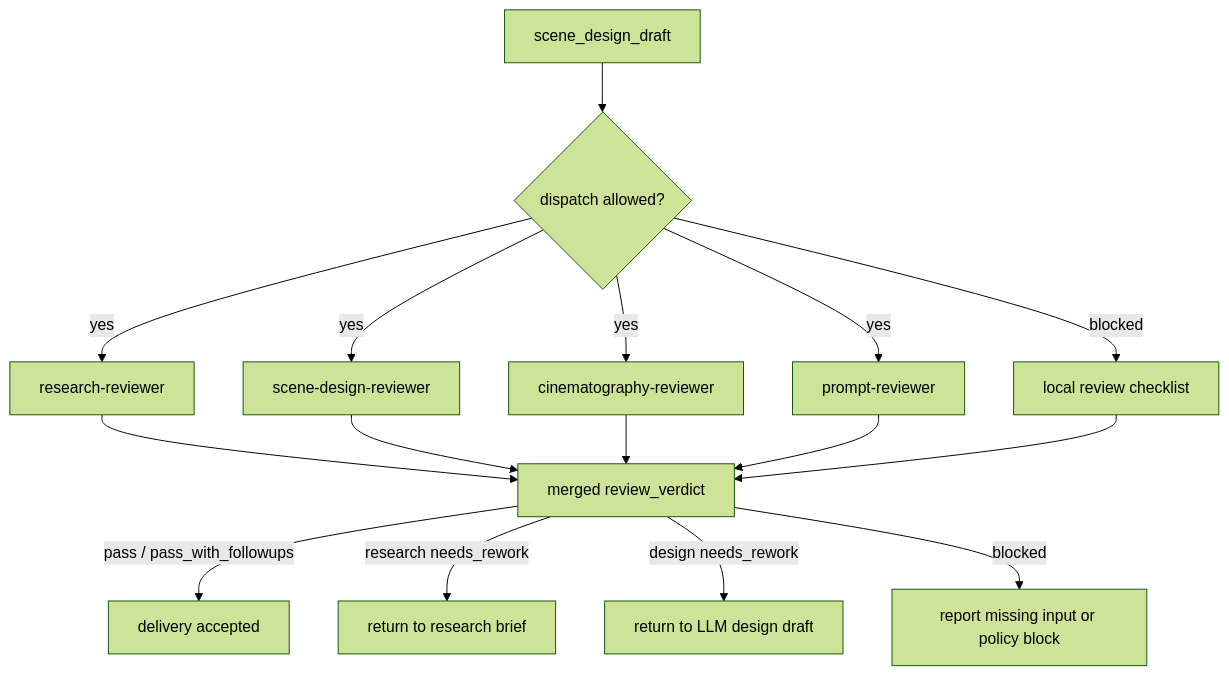
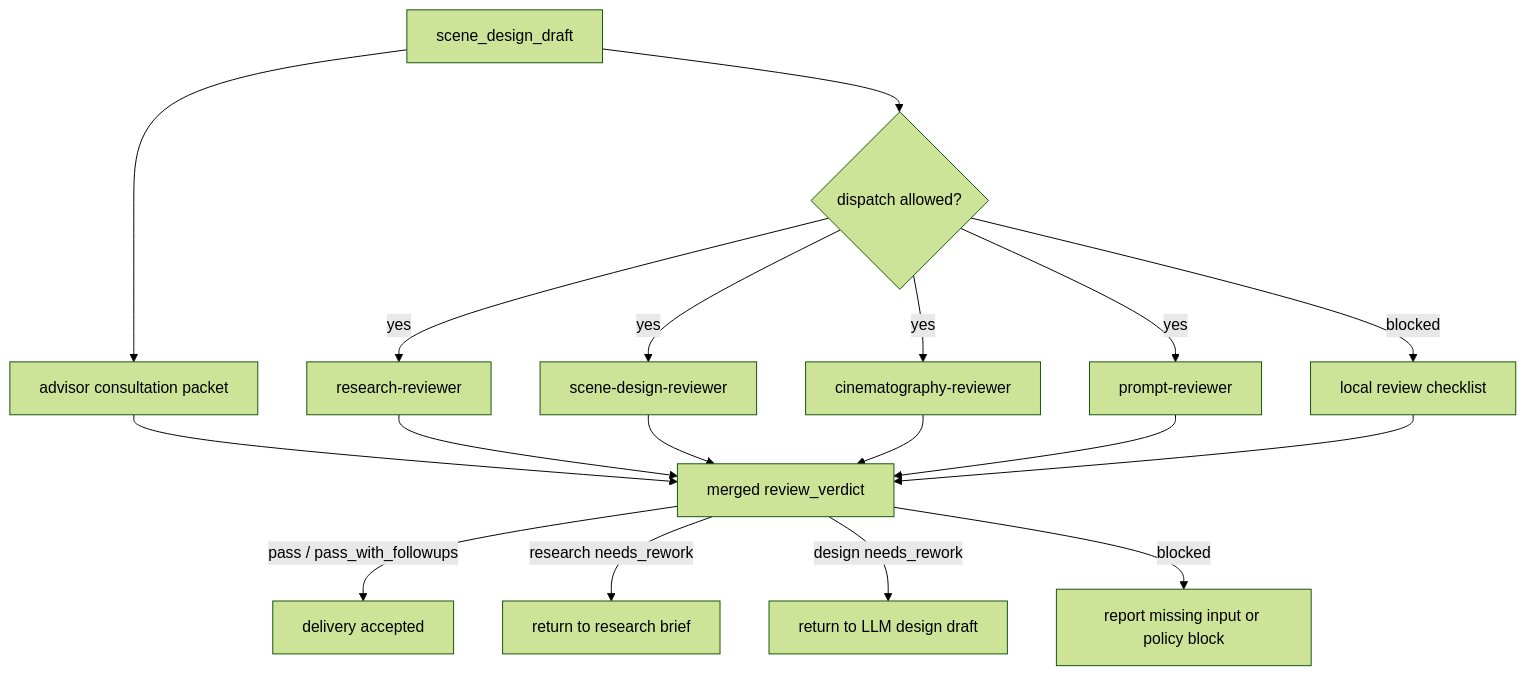
One commit to ZEN-VOID/AI-CUT changed the diagram in .agents/skills/aigc/5-设计/场景/2-设计/review/review-contract.md. Above: the diagram before and after it, drawn with Mermaid (forest theme). The commit also changed other lines of this file and 256 other files, not shown here.

````diff
--- a/.agents/skills/aigc/5-设计/场景/2-设计/review/review-contract.md
+++ b/.agents/skills/aigc/5-设计/场景/2-设计/review/review-contract.md
@@ -25,18 +27,20 @@
 ```mermaid
 flowchart TD
     A["scene_design_draft"] --> B{"dispatch allowed?"}
     B -->|"yes"| C["research-reviewer"]
     B -->|"yes"| D["scene-design-reviewer"]
     B -->|"yes"| E["cinematography-reviewer"]
     B -->|"yes"| F["prompt-reviewer"]
     B -->|"blocked"| G["local review checklist"]
+    A --> A1["advisor consultation packet"]
+    A1 --> H["merged review_verdict"]
     C --> H["merged review_verdict"]
     D --> H
     E --> H
     F --> H
     G --> H
     H -->|"pass / pass_with_followups"| I["delivery accepted"]
     H -->|"research needs_rework"| J["return to research brief"]
     H -->|"design needs_rework"| L["return to LLM design draft"]
     H -->|"blocked"| K["report missing input or policy block"]
 ```
````
